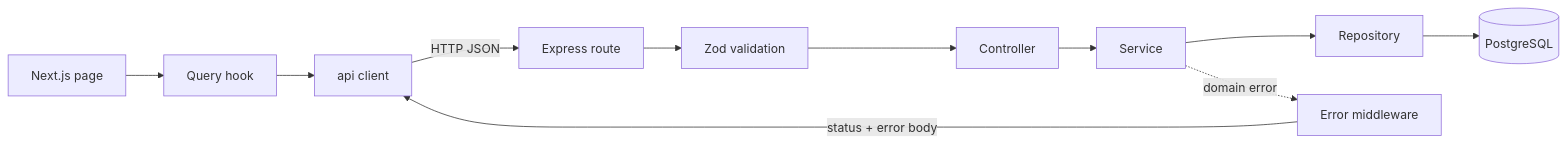
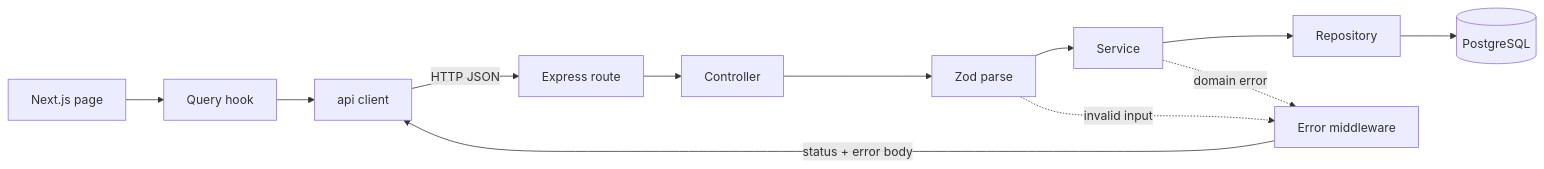
The diagram in docs/SPEC.md (dharmjeet05/salary-management), drawn with Mermaid before and after one commit. The commit also changed other lines of this file, not shown here.

First line of the commit message:
docs: parse requests in controllers, no validation middleware

````diff
--- a/docs/SPEC.md
+++ b/docs/SPEC.md
@@ -175,13 +176,14 @@
 ```mermaid
 flowchart LR
   UI[Next.js page] --> Hook[Query hook]
   Hook --> Client[api client]
   Client -->|HTTP JSON| Route[Express route]
-  Route --> Val[Zod validation]
-  Val --> Ctrl[Controller]
-  Ctrl --> Svc[Service]
+  Route --> Ctrl[Controller]
+  Ctrl --> Val[Zod parse]
+  Val --> Svc[Service]
   Svc --> Repo[Repository]
   Repo --> DB[(PostgreSQL)]
-  Svc -. domain error .-> Err[Error middleware]
+  Val -. invalid input .-> Err[Error middleware]
+  Svc -. domain error .-> Err
   Err -->|status + error body| Client
 ```
````
